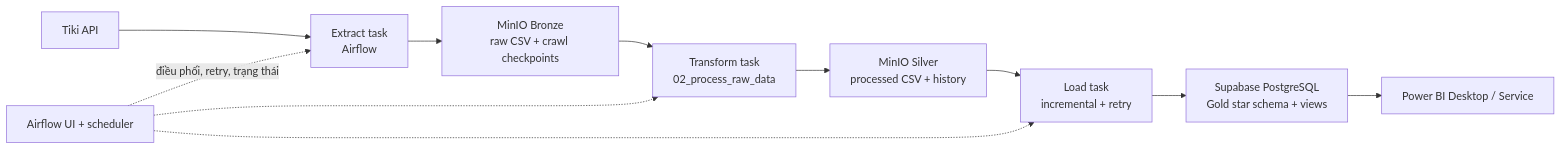
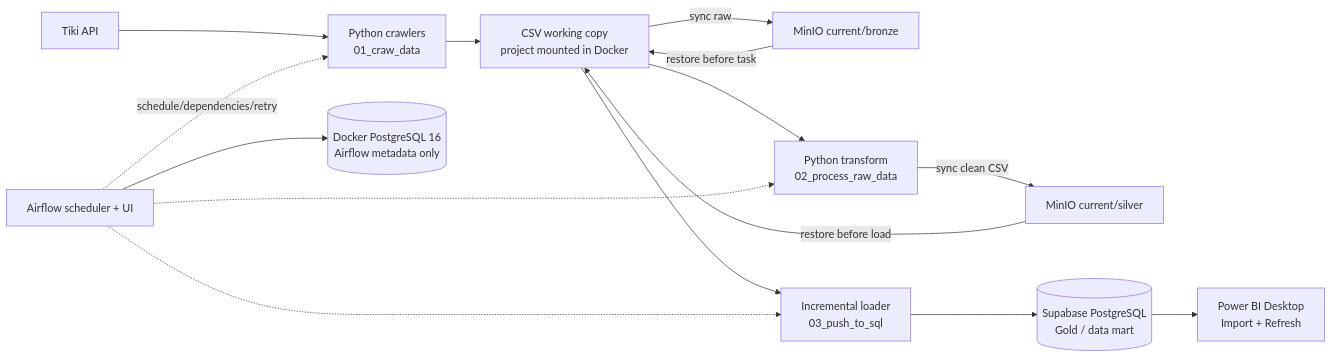
Before and after one commit to tuan-anh-05/TiKi-Analysic: the diagram in README.md, drawn with Mermaid. The commit also changed other lines of this file and 6 other files, not shown here.

````diff
--- a/README.md
+++ b/README.md
@@ -7,13 +7,17 @@
 ```mermaid
 flowchart LR
-    T[Tiki API] --> E[Extract task<br/>Airflow]
-    E --> B[MinIO Bronze<br/>raw CSV + crawl checkpoints]
-    B --> X[Transform task<br/>02_process_raw_data]
-    X --> S[MinIO Silver<br/>processed CSV + history]
-    S --> L[Load task<br/>incremental + retry]
-    L --> G[Supabase PostgreSQL<br/>Gold star schema + views]
-    G --> P[Power BI Desktop / Service]
-    A[Airflow UI + scheduler] -. điều phối, retry, trạng thái .-> E
-    A -.-> X
-    A -.-> L
+ T[Tiki API] --> C[Python crawlers<br/>01_craw_data]
+ C --> W[CSV working copy<br/>project mounted in Docker]
+ W -->|sync raw| B[MinIO current/bronze]
+ B -->|restore before task| W
+ W --> X[Python transform<br/>02_process_raw_data]
+ X -->|sync clean CSV| S[MinIO current/silver]
+ S -->|restore before load| W
+ W --> L[Incremental loader<br/>03_push_to_sql]
+ L --> G[(Supabase PostgreSQL<br/>Gold / data mart)]
+ G --> P[Power BI Desktop<br/>Import + Refresh]
+ A[Airflow scheduler + UI] -. schedule/dependencies/retry .-> C
+ A -.-> X
+ A -.-> L
+ A --> M[(Docker PostgreSQL 16<br/>Airflow metadata only)]
 ```
````
